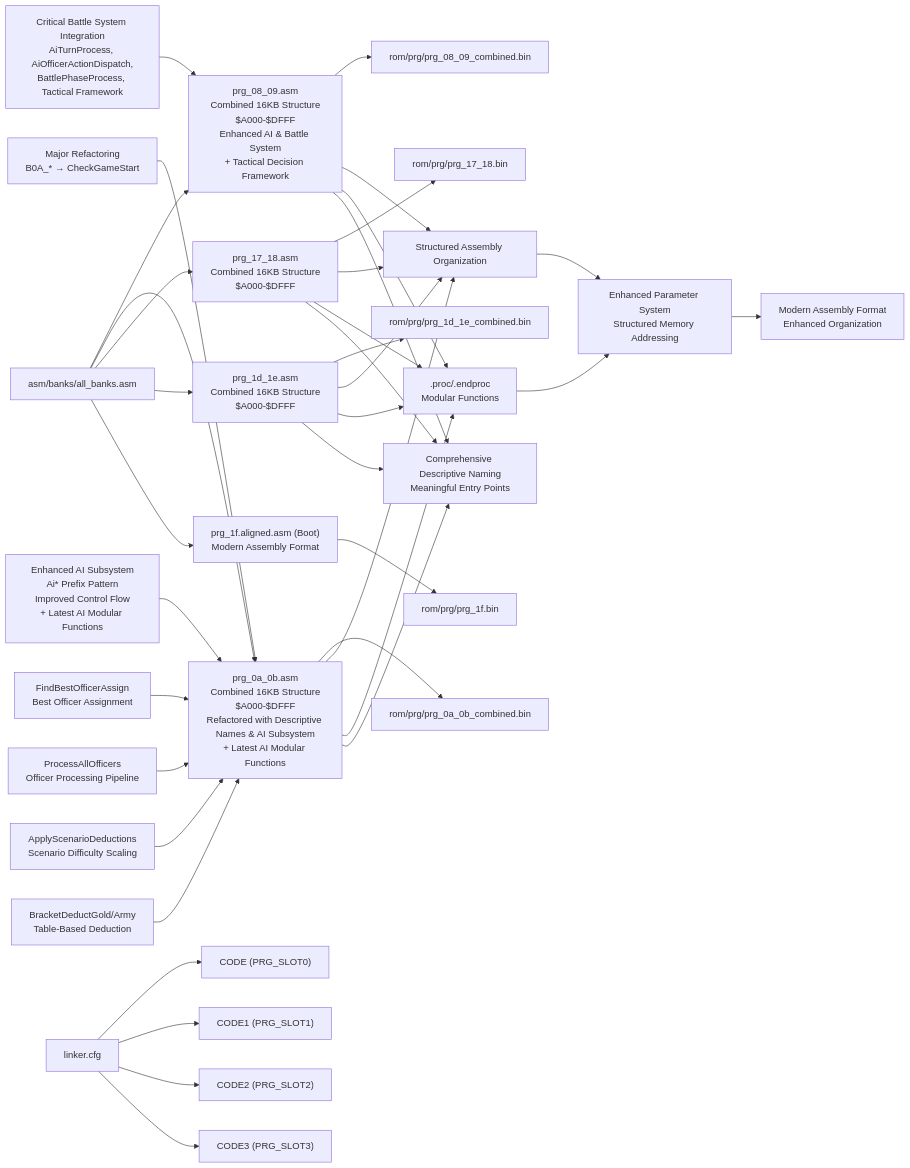
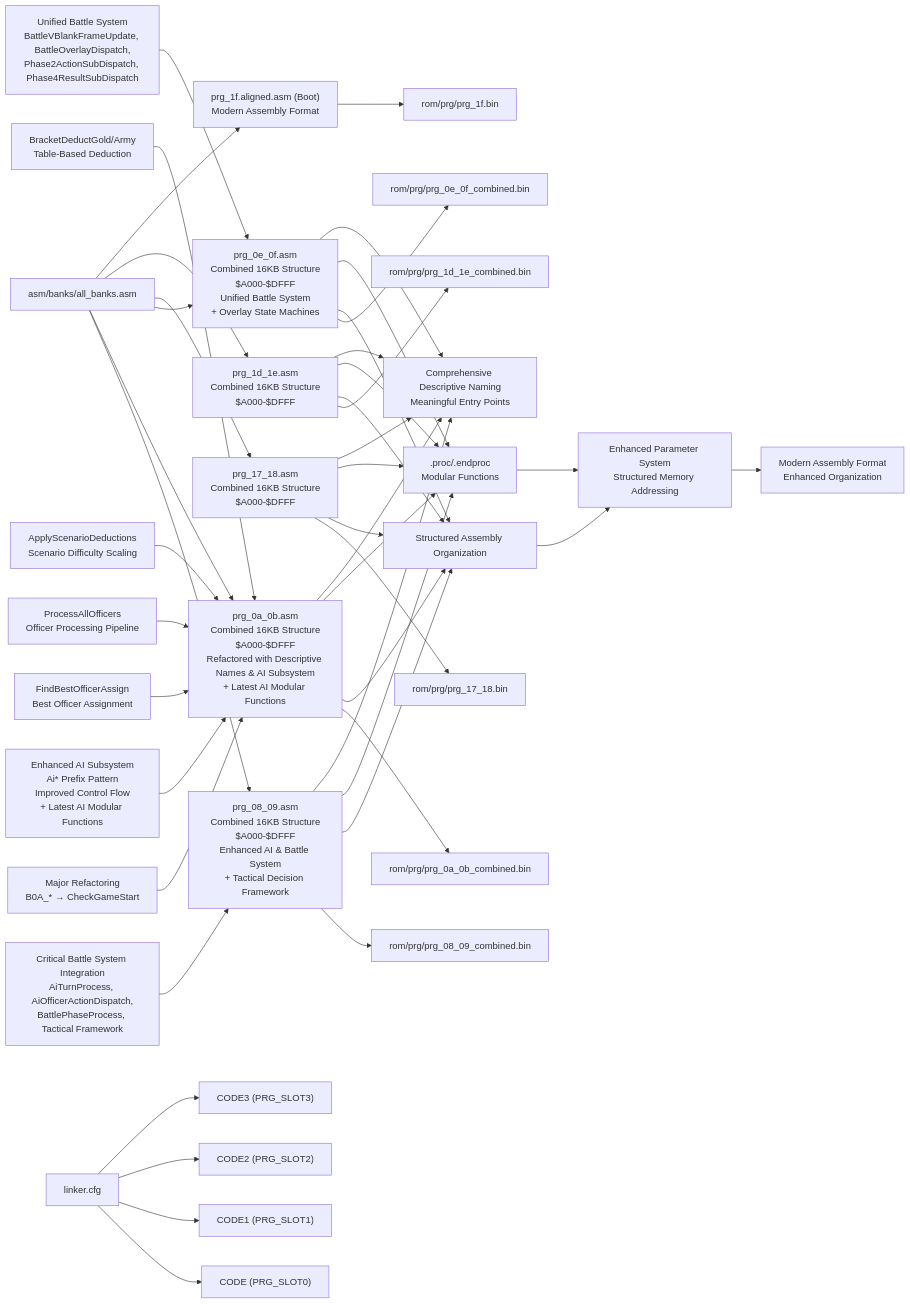
Before and after one commit to rabbyzero/sango2dasm: diagram 16 of 22 in .qoder/repowiki/en/content/Assembly Architecture/Assembly Architecture.md, drawn with Mermaid. The commit also changed other lines of this file and 33 other files, not shown here.

First line of the commit message:
Standardize terminology per manual and decode prg_0e_0f battle phases

````diff
--- a/.qoder/repowiki/en/content/Assembly Architecture/Assembly Architecture.md
+++ b/.qoder/repowiki/en/content/Assembly Architecture/Assembly Architecture.md
@@ -1168,42 +1253,48 @@
 ```mermaid
 graph LR
 ALLB["asm/banks/all_banks.asm"] --> COMBINED08_09["prg_08_09.asm<br/>Combined 16KB Structure<br/>$A000-$DFFF<br/>Enhanced AI & Battle System<br/>+ Tactical Decision Framework"]
 ALLB --> COMBINED0A_0B["prg_0a_0b.asm<br/>Combined 16KB Structure<br/>$A000-$DFFF<br/>Refactored with Descriptive Names & AI Subsystem<br/>+ Latest AI Modular Functions"]
+ALLB --> COMBINED0E_0F["prg_0e_0f.asm<br/>Combined 16KB Structure<br/>$A000-$DFFF<br/>Unified Battle System<br/>+ Overlay State Machines"]
 ALLB --> COMBINED17_18["prg_17_18.asm<br/>Combined 16KB Structure<br/>$A000-$DFFF"]
 ALLB --> COMBINED1D_1E["prg_1d_1e.asm<br/>Combined 16KB Structure<br/>$A000-$DFFF"]
 ALLB --> ALIGNED["prg_1f.aligned.asm (Boot)<br/>Modern Assembly Format"]
 LCFG["linker.cfg"] --> SEG0["CODE (PRG_SLOT0)"]
 LCFG --> SEG1["CODE1 (PRG_SLOT1)"]
 LCFG --> SEG2["CODE2 (PRG_SLOT2)"]
 LCFG --> SEG3["CODE3 (PRG_SLOT3)"]
 COMBINED08_09 --> BIN08_09["rom/prg/prg_08_09_combined.bin"]
 COMBINED0A_0B --> BIN0A_0B["rom/prg/prg_0a_0b_combined.bin"]
+COMBINED0E_0F --> BIN0E_0F["rom/prg/prg_0e_0f_combined.bin"]
 COMBINED17_18 --> BIN17_18["rom/prg/prg_17_18.bin"]
 COMBINED1D_1E --> BIN1D_1E["rom/prg/prg_1d_1e_combined.bin"]
 ALIGNED --> BIN1F["rom/prg/prg_1f.bin"]
 COMBINED08_09 --> STRUCT["Structured Assembly Organization"]
 COMBINED0A_0B --> STRUCT
+COMBINED0E_0F --> STRUCT
 COMBINED17_18 --> STRUCT
 COMBINED1D_1E --> STRUCT
 COMBINED08_09 --> PROC[".proc/.endproc<br/>Modular Functions"]
 COMBINED0A_0B --> PROC
+COMBINED0E_0F --> PROC
 COMBINED17_18 --> PROC
 COMBINED1D_1E --> PROC
 PARAMSYS["Enhanced Parameter System<br/>Structured Memory Addressing"]
 STRUCT --> PARAMSYS
 PROC --> PARAMSYS
 MODERN["Modern Assembly Format<br/>Enhanced Organization"]
 PARAMSYS --> MODERN
 DESCRIPTIVENAMING["Comprehensive Descriptive Naming<br/>Meaningful Entry Points"]
 COMBINED08_09 --> DESCRIPTIVENAMING
 COMBINED0A_0B --> DESCRIPTIVENAMING
+COMBINED0E_0F --> DESCRIPTIVENAMING
 COMBINED17_18 --> DESCRIPTIVENAMING
 COMBINED1D_1E --> DESCRIPTIVENAMING
 REFAC["Major Refactoring<br/>B0A_* → CheckGameStart"] --> COMBINED0A_0B
 AI_ENHANCEMENT["Enhanced AI Subsystem<br/>Ai* Prefix Pattern<br/>Improved Control Flow<br/>+ Latest AI Modular Functions"] --> COMBINED0A_0B
 BATTLE_INTEGRATION["Critical Battle System Integration<br/>AiTurnProcess, AiOfficerActionDispatch,<br/>BattlePhaseProcess, Tactical Framework"] --> COMBINED08_09
+BATTLE_OVERLAY_SYSTEM["Unified Battle System<br/>BattleVBlankFrameUpdate, BattleOverlayDispatch,<br/>Phase2ActionSubDispatch, Phase4ResultSubDispatch"] --> COMBINED0E_0F
 AI_FIND_OFFICER["FindBestOfficerAssign<br/>Best Officer Assignment"] --> COMBINED0A_0B
 AI_PROCESS_ALL["ProcessAllOfficers<br/>Officer Processing Pipeline"] --> COMBINED0A_0B
 AI_SCENARIO_DEDUCTIONS["ApplyScenarioDeductions<br/>Scenario Difficulty Scaling"] --> COMBINED0A_0B
 AI_BRACKET_DEDUCT["BracketDeductGold/Army<br/>Table-Based Deduction"] --> COMBINED0A_0B
 ```
````
